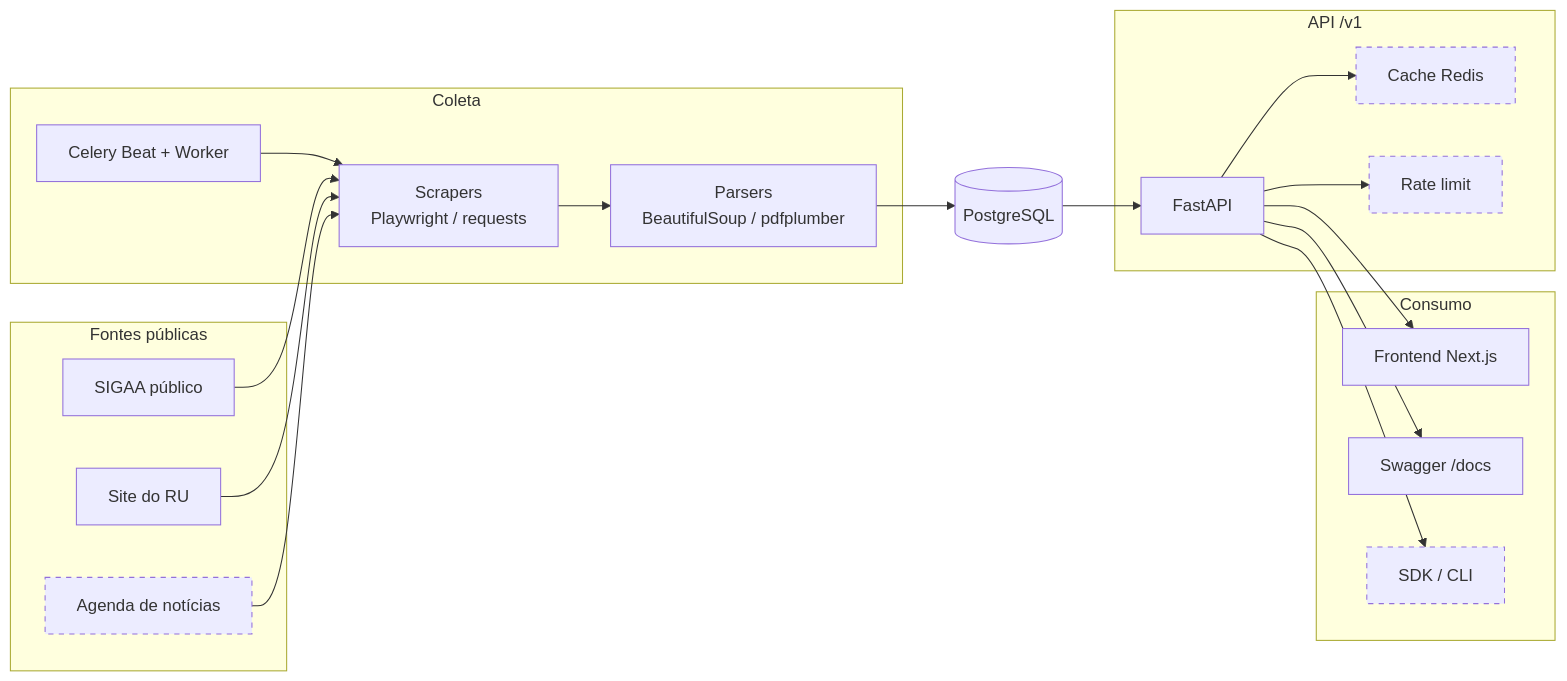
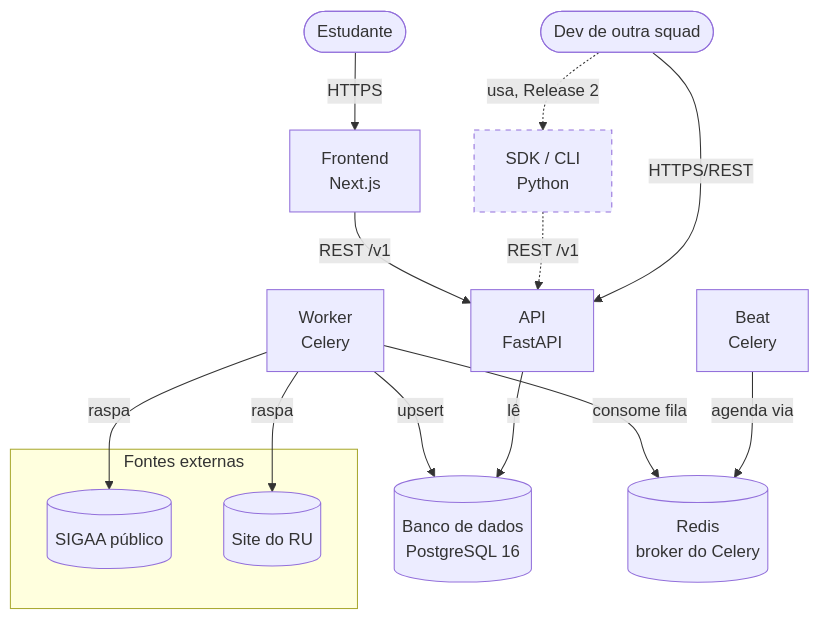
One commit to unb-mds/2026-2-Cerradinho-API changed the second of 5 diagrams in docs/ARQUITETURA.md. Above: the diagram before and after it, drawn with Mermaid. The commit also changed other lines of this file and 2 other files, not shown here.

````diff
--- a/docs/ARQUITETURA.md
+++ b/docs/ARQUITETURA.md
@@ -9,43 +37,33 @@
 ```mermaid
-flowchart LR
-    subgraph Fontes["Fontes públicas"]
-        SIGAA[SIGAA público]
-        RU[Site do RU]
-        NOT[Agenda de notícias]
+flowchart TB
+    subgraph Externos["Fontes externas"]
+        SIGAA[("SIGAA público")]
+        RU[("Site do RU")]
     end
 
-    subgraph Coleta["Coleta"]
-        CELERY[Celery Beat + Worker]
-        SCRAPER[Scrapers<br/>Playwright / requests]
-        PARSER[Parsers<br/>BeautifulSoup / pdfplumber]
-    end
+    Estudante(["Estudante"])
+    DevSquad(["Dev de outra squad"])
 
-    DB[(PostgreSQL)]
+    Frontend["Frontend<br/>Next.js"]
+    API["API<br/>FastAPI"]
+    Worker["Worker<br/>Celery"]
+    Beat["Beat<br/>Celery"]
+    DB[("Banco de dados<br/>PostgreSQL 16")]
+    Redis[("Redis<br/>broker do Celery")]
+    SDK["SDK / CLI<br/>Python"]
 
-    subgraph API["API /v1"]
-        FASTAPI[FastAPI]
-        CACHE[Cache Redis]
-        RATE[Rate limit]
-    end
-
-    subgraph Consumo["Consumo"]
-        FRONT[Frontend Next.js]
-        SWAGGER[Swagger /docs]
-        SDK[SDK / CLI]
-    end
-
-    CELERY --> SCRAPER
-    SIGAA --> SCRAPER
-    RU --> SCRAPER
-    NOT --> SCRAPER
-    SCRAPER --> PARSER --> DB
-    DB --> FASTAPI
-    FASTAPI --> CACHE
-    FASTAPI --> RATE
-    FASTAPI --> FRONT
-    FASTAPI --> SWAGGER
-    FASTAPI --> SDK
+    Estudante -->|HTTPS| Frontend
+    DevSquad -->|HTTPS/REST| API
+    DevSquad -.->|usa, Release 2| SDK
+    SDK -.->|REST /v1| API
+    Frontend -->|REST /v1| API
+    API -->|lê| DB
+    Beat -->|agenda via| Redis
+    Worker -->|consome fila| Redis
+    Worker -->|upsert| DB
+    Worker -->|raspa| SIGAA
+    Worker -->|raspa| RU
 
     classDef planejado stroke-dasharray: 5 5
-    class NOT,CACHE,RATE,SDK planejado
+    class SDK planejado
 ```
````
